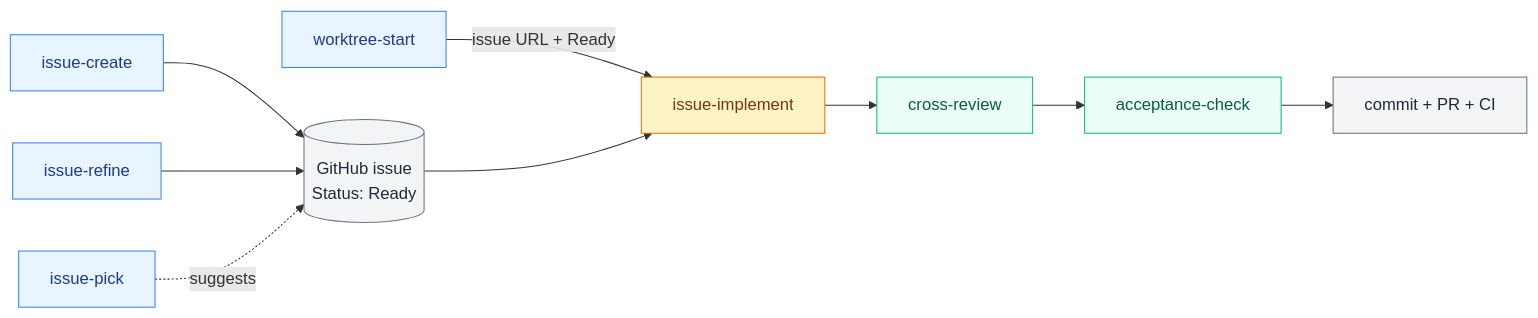
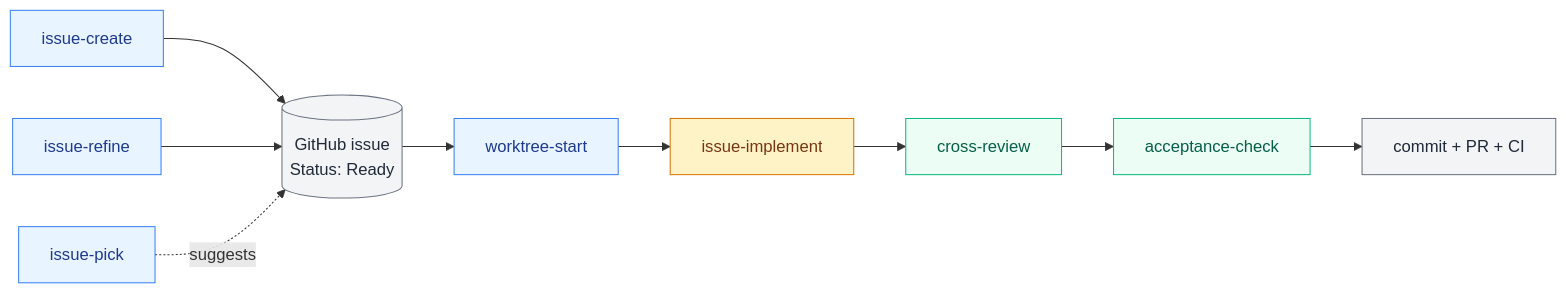
The diagram in README.md (hirokisakabe/issuekit), drawn with Mermaid before and after one commit. The commit also changed other lines of this file and 1 other file, not shown here.

First line of the commit message:
docs(workflow): graph と phase 列の順序記述を実呼び出し順に揃える

````diff
--- a/README.md
+++ b/README.md
@@ -88,21 +88,21 @@
 ```mermaid
 flowchart LR
     A[issue-create] --> I[(GitHub issue<br/>Status: Ready)]
     R[issue-refine] --> I
     P[issue-pick] -. suggests .-> I
-    W[worktree-start] -- "issue URL + Ready" --> IMPL
-    I --> IMPL[issue-implement]
+    I --> W[worktree-start]
+    W --> IMPL[issue-implement]
     IMPL --> CR[cross-review]
     CR --> AC[acceptance-check]
     AC --> C[commit + PR + CI]
 
     classDef entry fill:#e8f4ff,stroke:#3b82f6,color:#1e3a8a
     classDef orch  fill:#fef3c7,stroke:#d97706,color:#78350f
     classDef ver   fill:#ecfdf5,stroke:#10b981,color:#065f46
     classDef out   fill:#f3f4f6,stroke:#6b7280,color:#1f2937
 
     class A,R,P,W entry
     class IMPL orch
     class CR,AC ver
     class I,C out
 ```
````
